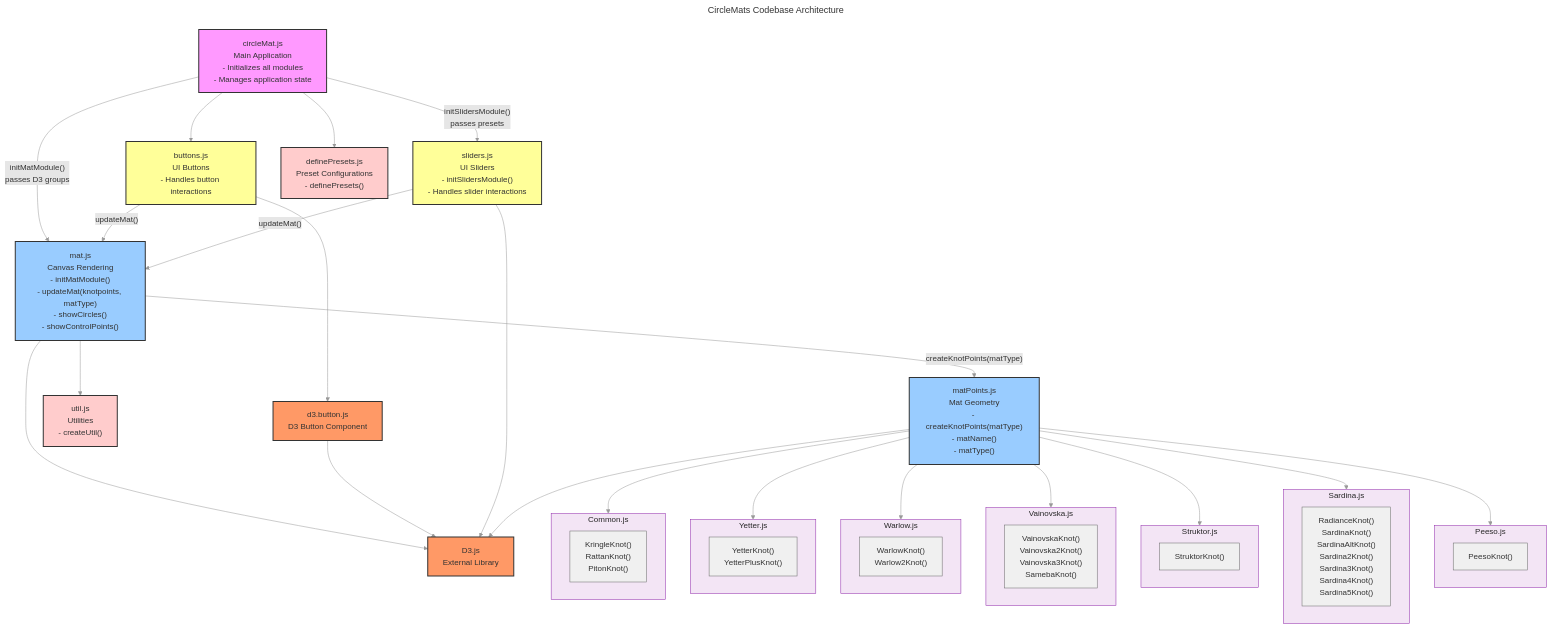
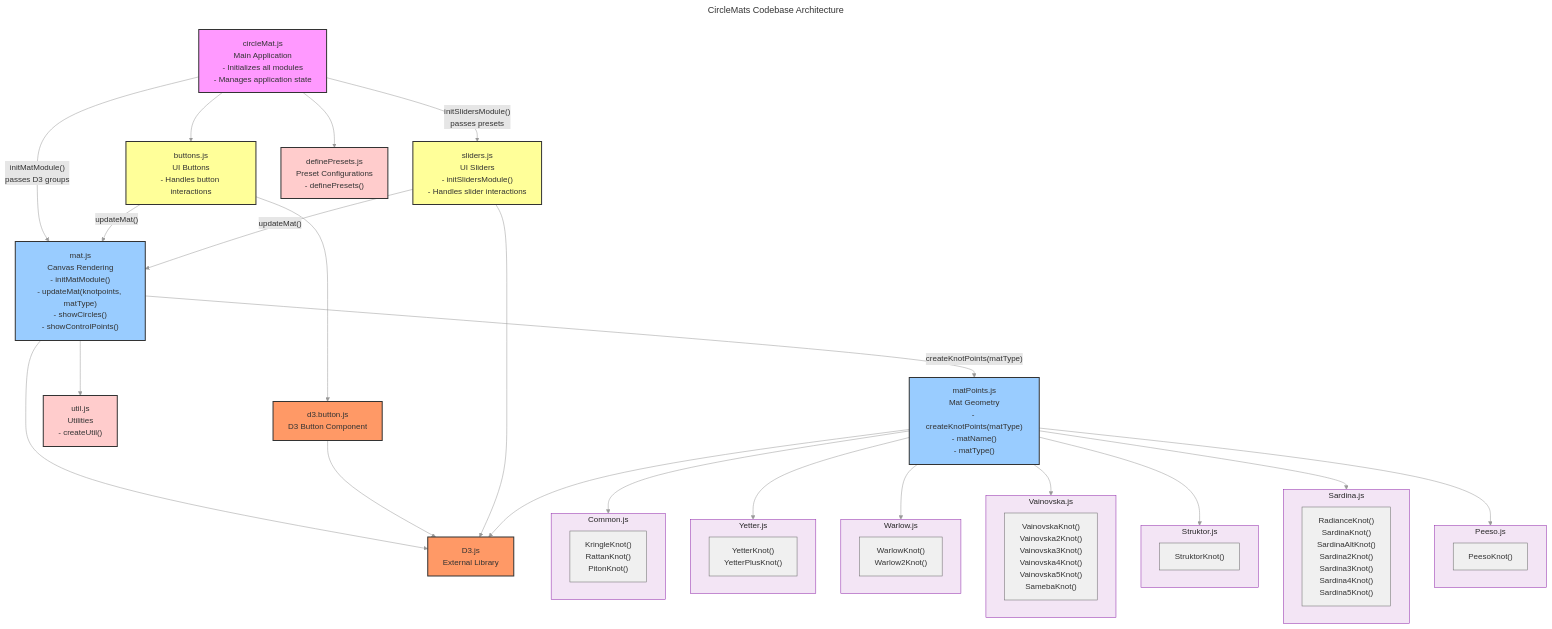
Before and after one commit to Scott-Y-Hall/CircleMats: the diagram in code-relationships.mmd, drawn with Mermaid.

Commit message:
Update mermaid chart

```diff
--- a/code-relationships.mmd
+++ b/code-relationships.mmd
@@ -1,105 +1,105 @@
 ---
 title: CircleMats Codebase Architecture
 description: Visualization of module relationships and dependencies in the CircleMats project.
 ---
 
 %%{init: {'theme': 'base', 'themeVariables': { 'primaryColor': '#f0f0f0', 'primaryTextColor': '#333', 'primaryBorderColor': '#666', 'lineColor': '#999', 'secondaryColor': '#e6e6e6', 'tertiaryColor': '#d9d9d9'}}}%%
 
 graph TD
     %% Main Application File
     circleMat["circleMat.js<br/>Main Application<br/>- Initializes all modules<br/>- Manages application state"]
     
     %% Core Modules
     mat["mat.js<br/>Canvas Rendering<br/>- initMatModule()<br/>- updateMat(knotpoints, matType)<br/>- showCircles()<br/>- showControlPoints()"]
     matPoints["matPoints.js<br/>Mat Geometry<br/>- createKnotPoints(matType)<br/>- matName()<br/>- matType()"]
     
     %% UI Components
     buttons["buttons.js<br/>UI Buttons<br/>- Handles button interactions"]
     sliders["sliders.js<br/>UI Sliders<br/>- initSlidersModule()<br/>- Handles slider interactions"]
     
     %% Knot Types
     subgraph CommonSG[Common.js]
         Common["KringleKnot()<br/>RattanKnot()<br/>PitonKnot()"]
     end
     
     subgraph YetterSG[Yetter.js]
         Yetter["YetterKnot()<br/>YetterPlusKnot()"]
     end
     
     subgraph WarlowSG[Warlow.js]
         Warlow["WarlowKnot()<br/>Warlow2Knot()"]
     end
     
     subgraph VainovskaSG[Vainovska.js]
-        Vainovska["VainovskaKnot()<br/>Vainovska2Knot()<br/>Vainovska3Knot()<br/>SamebaKnot()"]
+        Vainovska["VainovskaKnot()<br/>Vainovska2Knot()<br/>Vainovska3Knot()<br/>Vainovska4Knot()<br/>Vainovska5Knot()<br/>SamebaKnot()"]
     end
     
     subgraph StruktorSG[Struktor.js]
         Struktor["StruktorKnot()"]
     end
     
     subgraph SardinaSG[Sardina.js]
         Sardina["RadianceKnot()<br/>SardinaKnot()<br/>SardinaAltKnot()<br/>Sardina2Knot()<br/>Sardina3Knot()<br/>Sardina4Knot()<br/>Sardina5Knot()"]
     end
     
     subgraph PeesoSG[Peeso.js]
         Peeso["PeesoKnot()"]
     end
     
     %% Utility
     util["util.js<br/>Utilities<br/>- createUtil()"]
     definePresets["definePresets.js<br/>Preset Configurations<br/>- definePresets()"]
     
     %% D3.js Dependencies
     d3Button["d3.button.js<br/>D3 Button Component"]
     d3["D3.js<br/>External Library"]
     
     %% Main Dependencies (circleMat orchestrates everything)
     circleMat -- "initMatModule()<br/>passes D3 groups" --> mat
     circleMat -- "initSlidersModule()<br/>passes presets" --> sliders
     circleMat --> buttons
     circleMat --> definePresets
     
     %% Core Module Dependencies
     mat -- "createKnotPoints(matType)" --> matPoints
     mat --> util
     mat --> d3
     
     %% UI Component Dependencies
     buttons -- "updateMat()" --> mat
     buttons --> d3Button
     d3Button --> d3
     
     %% Slider Dependencies
     sliders -- "updateMat()" --> mat
     sliders --> d3
     
     %% Knot Dependencies
     matPoints --> d3
     matPoints --> CommonSG
     matPoints --> YetterSG
     matPoints --> WarlowSG
     matPoints --> VainovskaSG
     matPoints --> StruktorSG
     matPoints --> SardinaSG
     matPoints --> PeesoSG
     
     %% Style Definitions
     classDef app fill:#f9f,stroke:#333,stroke-width:2px
     classDef core fill:#9cf,stroke:#333,stroke-width:2px
     classDef ui fill:#ff9,stroke:#333,stroke-width:2px
     classDef util fill:#fcc,stroke:#333,stroke-width:2px
     classDef ext fill:#f96,stroke:#333,stroke-width:2px
 
     %% Knot Subgraph Style - Single style for all knot subgraphs
     classDef knot fill:#f3e5f5,stroke:#8e24aa,stroke-width:2px  %% Light Purple
     
     %% Apply Styles
     class circleMat app
     class mat,matPoints core
     class buttons,sliders,d3Button ui
     class util,definePresets util
     class d3Button,d3 ext
     
     %% Apply Knot Subgraph Style
     class CommonSG,YetterSG,WarlowSG,VainovskaSG,StruktorSG,SardinaSG,PeesoSG knot
```
